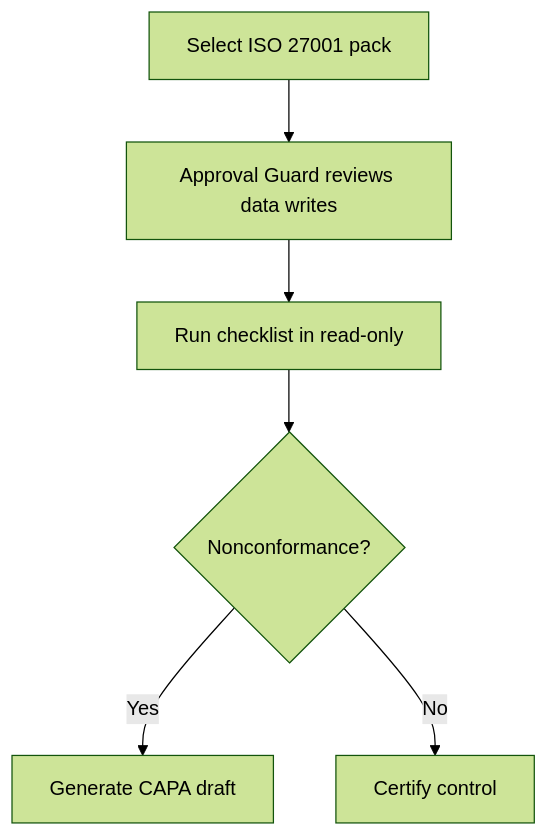
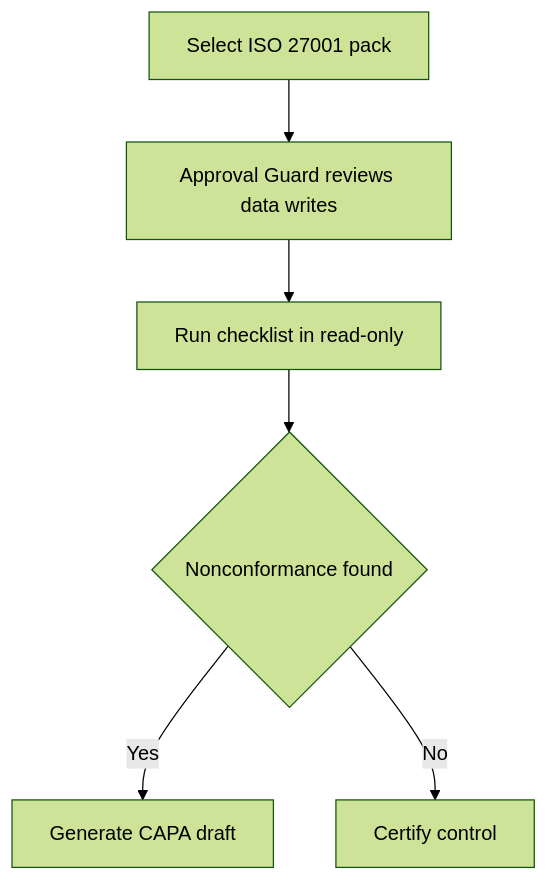
The fourth of 13 diagrams in README.md (andiekobbietks/magentic-ui), drawn with Mermaid (forest theme) before and after one commit. The commit also changed other lines of this file, not shown here.

Commit message:
docs: fix mermaid syntax and add before/after tables for personas

````diff
--- a/README.md
+++ b/README.md
@@ -172,8 +199,8 @@
-  ```mermaid
-  flowchart TD
+```mermaid
+flowchart TD
     A[Select ISO 27001 pack] --> B[Approval Guard reviews data writes]
     B --> C[Run checklist in read-only]
-    C --> D{Nonconformance?}
+    C --> D{Nonconformance found}
     D -->|Yes| E[Generate CAPA draft]
     D -->|No| F[Certify control]
-  ```
+```
````
